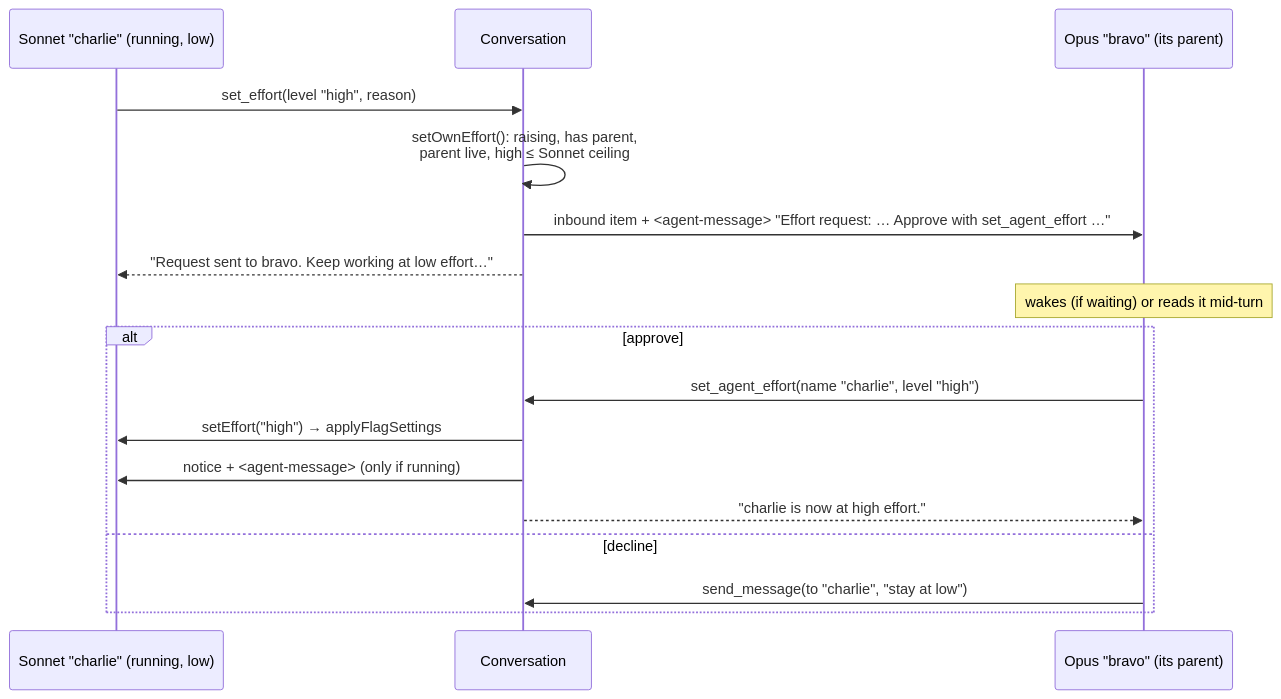
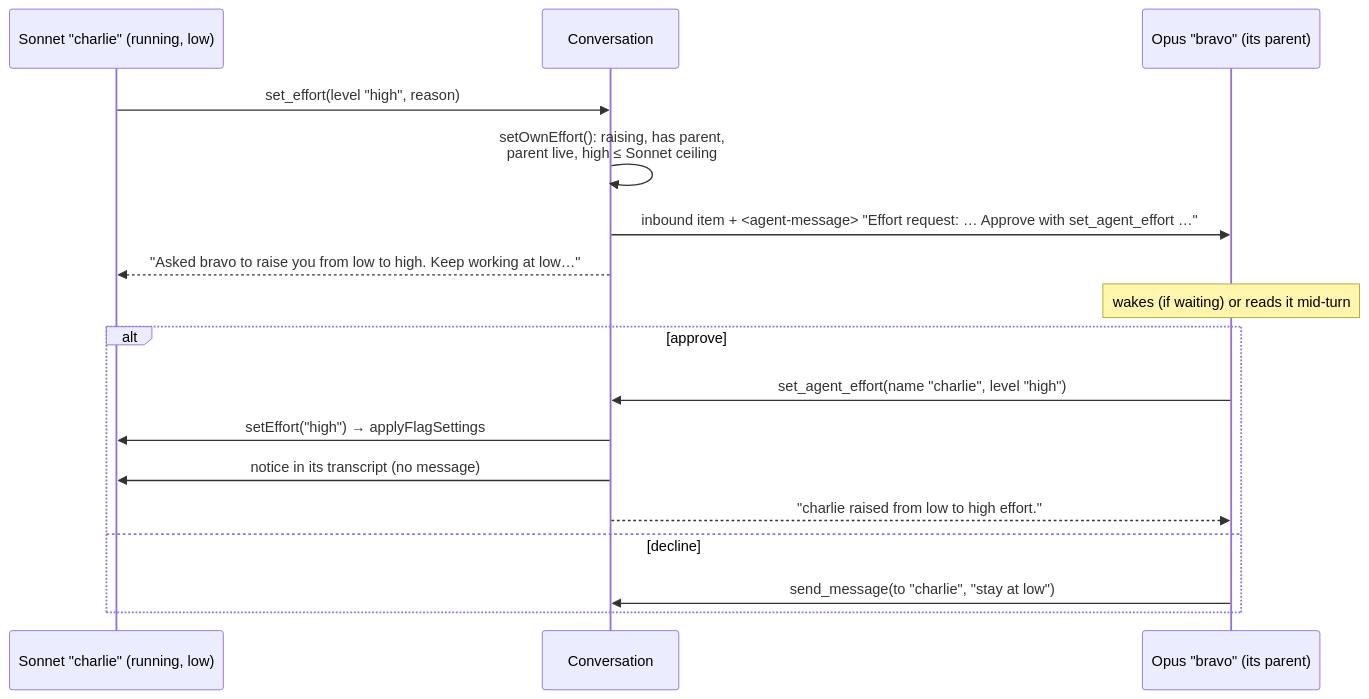
One commit to Luxorium/masthead changed the diagram in docs/wiki/Thinking-Effort.md. Above: the diagram before and after it, drawn with Mermaid. The commit also changed other lines of this file and 71 other files, not shown here.

````diff
--- a/docs/wiki/Thinking-Effort.md
+++ b/docs/wiki/Thinking-Effort.md
@@ -38,19 +38,19 @@
 ```mermaid
 sequenceDiagram
   participant S as Sonnet "charlie" (running, low)
   participant C as Conversation
   participant O as Opus "bravo" (its parent)
   S->>C: set_effort(level "high", reason)
   C->>C: setOwnEffort(): raising, has parent,<br/>parent live, high ≤ Sonnet ceiling
   C->>O: inbound item + <agent-message> "Effort request: … Approve with set_agent_effort …"
-  C-->>S: "Request sent to bravo. Keep working at low effort…"
+  C-->>S: "Asked bravo to raise you from low to high. Keep working at low…"
   Note over O: wakes (if waiting) or reads it mid-turn
   alt approve
     O->>C: set_agent_effort(name "charlie", level "high")
     C->>S: setEffort("high") → applyFlagSettings
-    C->>S: notice + <agent-message> (only if running)
-    C-->>O: "charlie is now at high effort."
+    C->>S: notice in its transcript (no message)
+    C-->>O: "charlie raised from low to high effort."
   else decline
     O->>C: send_message(to "charlie", "stay at low")
   end
 ```
````
